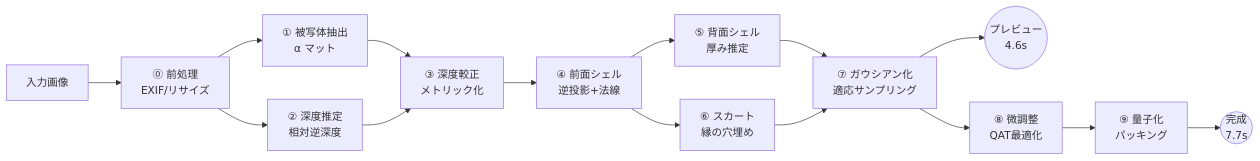
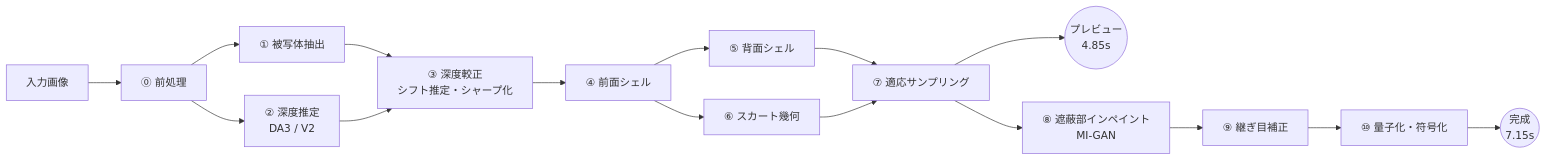
One commit to sakanayuki/cc_create3dgs changed the diagram in docs/03-pipeline.md. Above: the diagram before and after it, drawn with Mermaid. The commit also changed other lines of this file and 9 other files, not shown here.

````diff
--- a/docs/03-pipeline.md
+++ b/docs/03-pipeline.md
@@ -7,17 +7,18 @@
 ```mermaid
 flowchart LR
-    IN["入力画像"] --> P0["⓪ 前処理<br/>EXIF/リサイズ"]
-    P0 --> P1["① 被写体抽出<br/>α マット"]
-    P0 --> P2["② 深度推定<br/>相対逆深度"]
-    P1 --> P3["③ 深度較正<br/>メトリック化"]
+    IN["入力画像"] --> P0["⓪ 前処理"]
+    P0 --> P1["① 被写体抽出"]
+    P0 --> P2["② 深度推定<br/>DA3 / V2"]
+    P1 --> P3["③ 深度較正<br/>シフト推定・シャープ化"]
     P2 --> P3
-    P3 --> P4["④ 前面シェル<br/>逆投影+法線"]
-    P4 --> P5["⑤ 背面シェル<br/>厚み推定"]
-    P4 --> P6["⑥ スカート<br/>縁の穴埋め"]
-    P5 --> P7["⑦ ガウシアン化<br/>適応サンプリング"]
+    P3 --> P4["④ 前面シェル"]
+    P4 --> P5["⑤ 背面シェル"]
+    P4 --> P6["⑥ スカート幾何"]
+    P5 --> P7["⑦ 適応サンプリング"]
     P6 --> P7
-    P7 --> PV(("プレビュー<br/>4.6s"))
-    P7 --> P8["⑧ 微調整<br/>QAT最適化"]
-    P8 --> P9["⑨ 量子化<br/>パッキング"]
-    P9 --> OUT(("完成<br/>7.7s"))
+    P7 --> PV(("プレビュー<br/>4.85s"))
+    P7 --> P8["⑧ 遮蔽部インペイント<br/>MI-GAN"]
+    P8 --> P9["⑨ 継ぎ目補正"]
+    P9 --> P10["⑩ 量子化・符号化"]
+    P10 --> OUT(("完成<br/>7.15s"))
 ```
````
